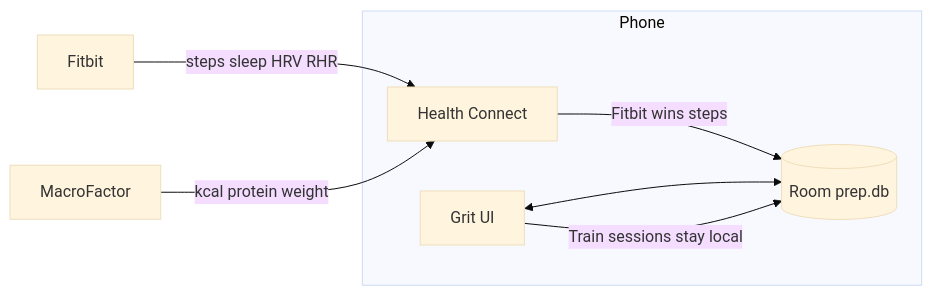
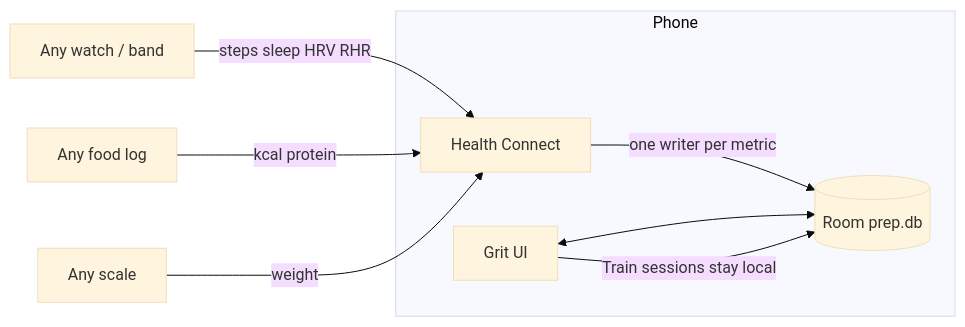
Before and after one commit to kishanraj41/Grit: the diagram in README.md, drawn with Mermaid (base theme). The commit also changed other lines of this file and 11 other files, not shown here.

Commit message:
Treat Health Connect as brand-agnostic: pin any writer, Auto never sums two apps.

````diff
--- a/README.md
+++ b/README.md
@@ -37,13 +37,17 @@
 ```mermaid
 flowchart LR
   subgraph phone [Phone]
     HC[Health Connect]
     ROOM[(Room prep.db)]
     UI[Grit UI]
   end
-  Fitbit -->|steps sleep HRV RHR| HC
-  MacroFactor -->|kcal protein weight| HC
-  HC -->|Fitbit wins steps| ROOM
+  Watch[Any watch / band]
+  Diet[Any food log]
+  Scale[Any scale]
+  Watch -->|steps sleep HRV RHR| HC
+  Diet -->|kcal protein| HC
+  Scale -->|weight| HC
+  HC -->|one writer per metric| ROOM
   UI <--> ROOM
   UI -->|Train sessions stay local| ROOM
 ```
````
